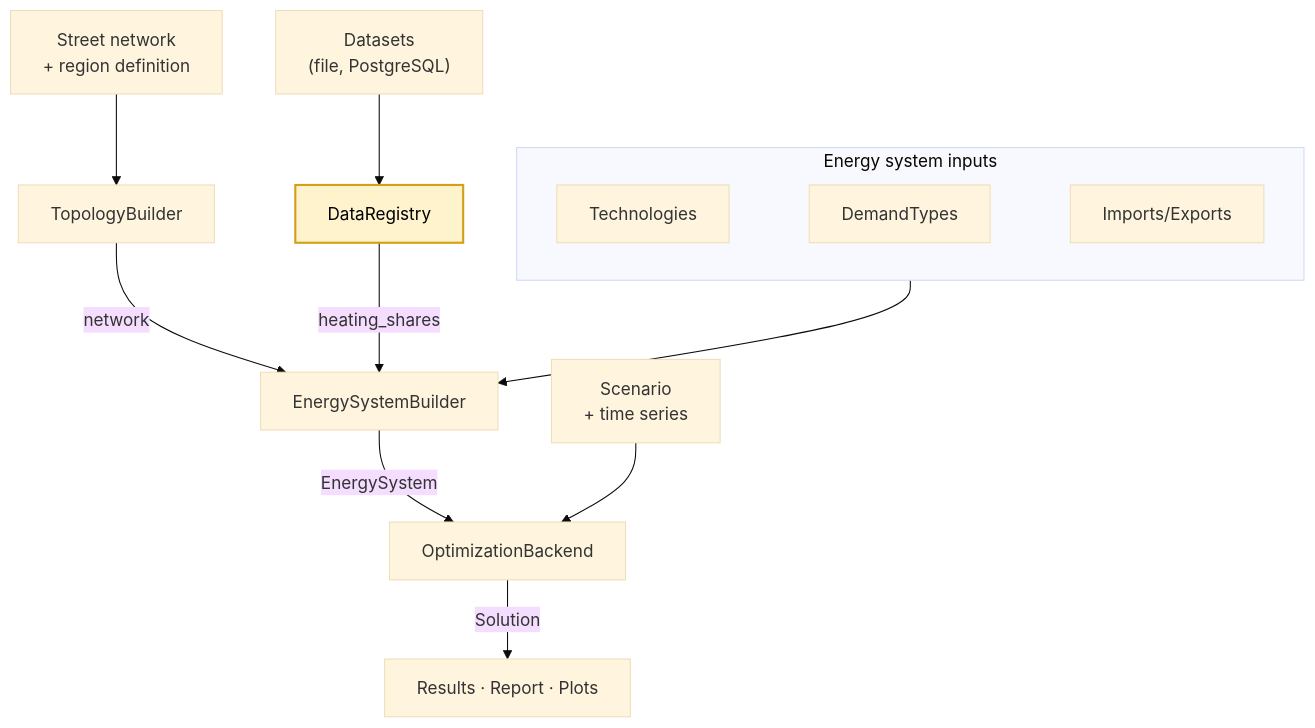
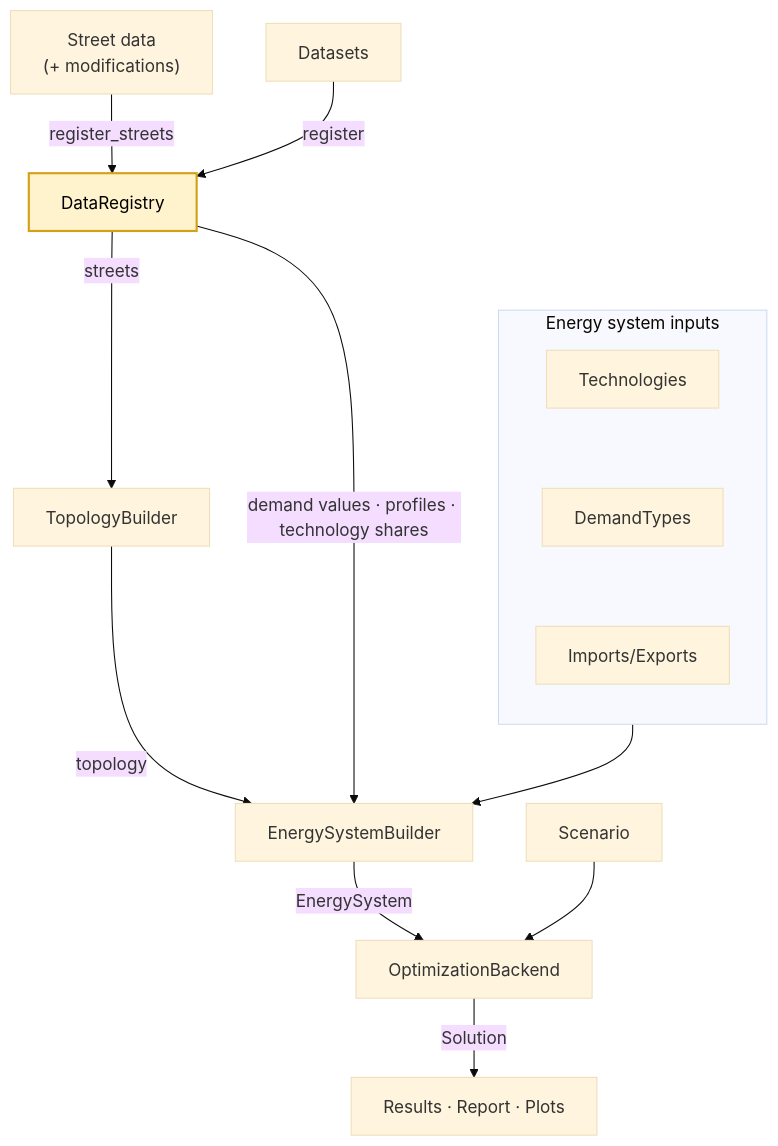
One commit to EINS-TUDa/geopipe changed the diagram in docs/index.md. Above: the diagram before and after it, drawn with Mermaid (base theme). The commit also changed 2 other files, not shown here.

````diff
--- a/docs/index.md
+++ b/docs/index.md
@@ -18,30 +18,32 @@
 ```mermaid
 flowchart TD
-    streets["Street network<br/>+ region definition"] --> tb["TopologyBuilder"]
-    tb -- "network" --> esb["EnergySystemBuilder"]
+    streets["Street data<br/>(+ modifications)"] -- "register_streets" --> dr["DataRegistry"]
+    datasets["Datasets"] -- "register" --> dr
+    dr -- "streets" --> tb["TopologyBuilder"]
+    tb -- "topology" --> esb["EnergySystemBuilder"]
     subgraph inputs["Energy system inputs"]
+        direction TB
         techs["Technologies"] --- demands["DemandTypes"] --- ie["Imports/Exports"]
     end
     inputs --> esb
-    datasets["Datasets<br/>(file, PostgreSQL)"] --> dr["DataRegistry"]
-    dr -- "heating_shares" --> esb
+    dr -- "demand values · profiles · technology shares" --> esb
     esb -- "EnergySystem" --> ob["OptimizationBackend"]
-    scenario["Scenario<br/>+ time series"] --> ob
+    scenario["Scenario"] --> ob
     ob -- "Solution" --> out["Results · Report · Plots"]
 
     classDef registry fill:#fff3cd,stroke:#d4a017,stroke-width:2px,color:#000
     class dr registry
-    linkStyle 2,3 stroke:none,stroke-width:0px
+    linkStyle 4,5 stroke:none,stroke-width:0px
 
     click streets href "Components/modify_streets_data/"
     click tb href "Components/topology_builder/"
     click techs href "Components/technologies/"
     click demands href "Components/demand_type/"
     click ie href "Components/energy_system_builder/#imports_exportsyaml"
     click esb href "Components/energy_system_builder/"
     click datasets href "Components/data_registry/"
     click dr href "Components/data_registry/"
     click ob href "Components/optimization/#optimizationbackend"
     click scenario href "Components/optimization/#scenario"
     click out href "Components/optimization/#solution"
 ```
````
